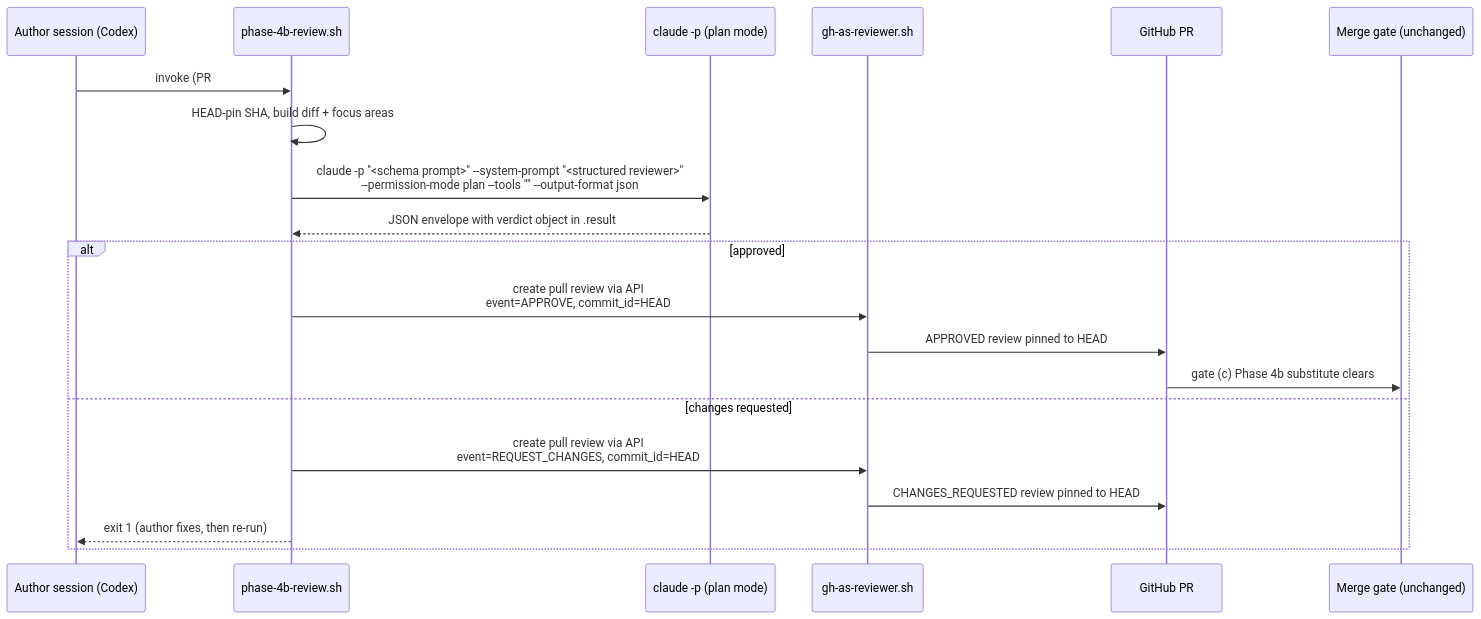
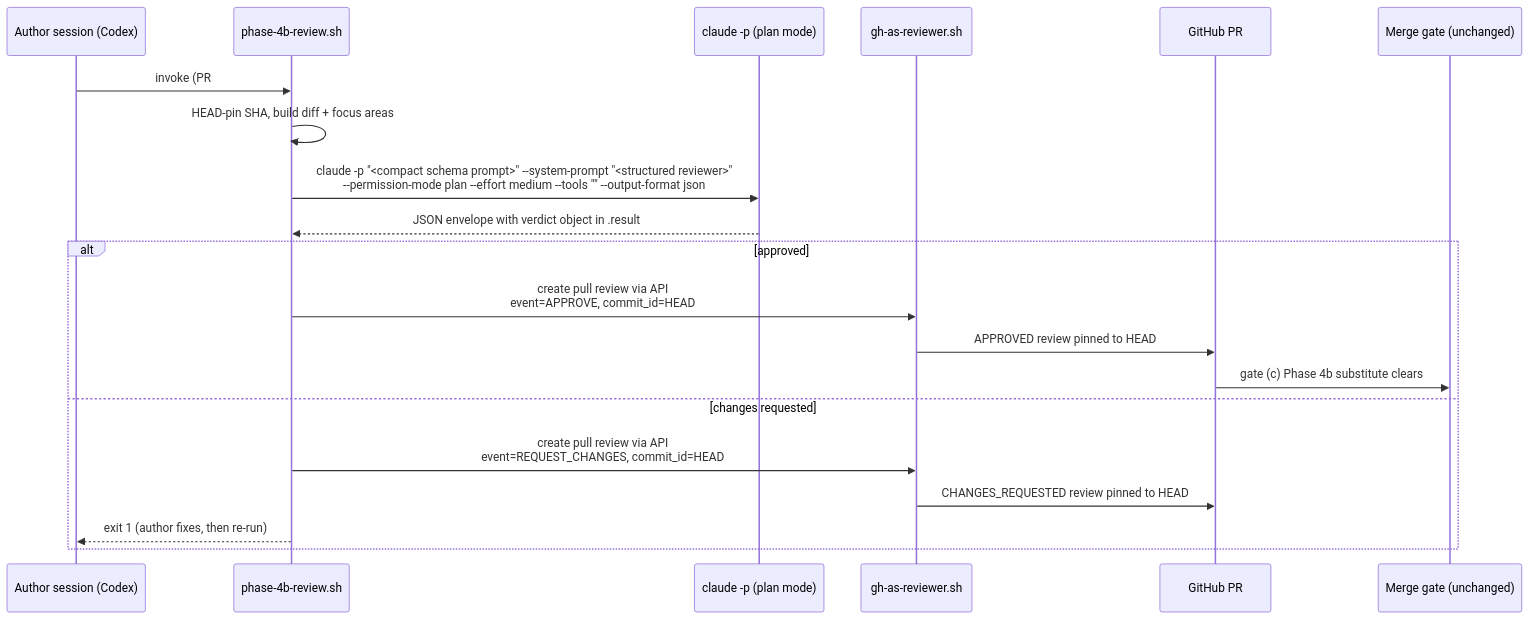
The fifth of 6 diagrams in plans/automated-phase-4b-handoff.md (nathanjohnpayne/mergepath), drawn with Mermaid before and after one commit. The commit also changed other lines of this file and 4 other files, not shown here.

First line of the commit message:
Bound Claude exhaustive review prompt

````diff
--- a/plans/automated-phase-4b-handoff.md
+++ b/plans/automated-phase-4b-handoff.md
@@ -261,23 +261,23 @@
 ```mermaid
 sequenceDiagram
     participant CX as Author session (Codex)
     participant OR as phase-4b-review.sh
     participant CL as claude -p (plan mode)
     participant GR as gh-as-reviewer.sh
     participant PR as GitHub PR
     participant MG as Merge gate (unchanged)
 
     CX->>OR: invoke (PR#, direction=codex->claude)
     OR->>OR: HEAD-pin SHA, build diff + focus areas
-    OR->>CL: claude -p "<schema prompt>" --system-prompt "<structured reviewer>"<br/>--permission-mode plan --tools "" --output-format json
+    OR->>CL: claude -p "<compact schema prompt>" --system-prompt "<structured reviewer>"<br/>--permission-mode plan --effort medium --tools "" --output-format json
     CL-->>OR: JSON envelope with verdict object in .result
     alt approved
         OR->>GR: create pull review via API<br/>event=APPROVE, commit_id=HEAD
         GR->>PR: APPROVED review pinned to HEAD
         PR->>MG: gate (c) Phase 4b substitute clears
     else changes requested
         OR->>GR: create pull review via API<br/>event=REQUEST_CHANGES, commit_id=HEAD
         GR->>PR: CHANGES_REQUESTED review pinned to HEAD
         OR-->>CX: exit 1 (author fixes, then re-run)
     end
 ```
````
